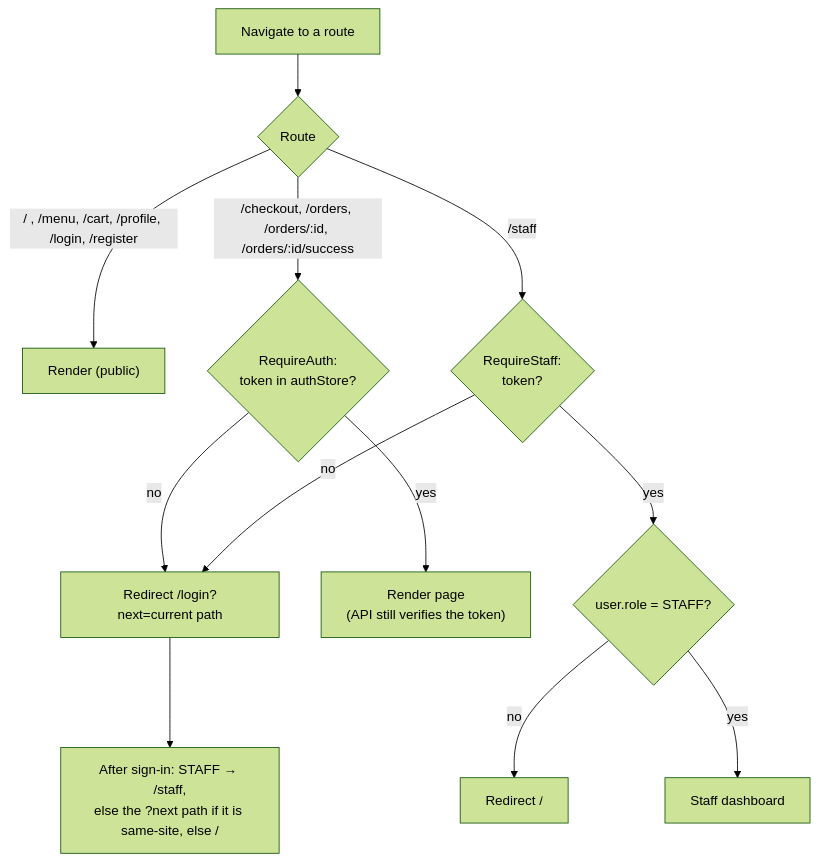
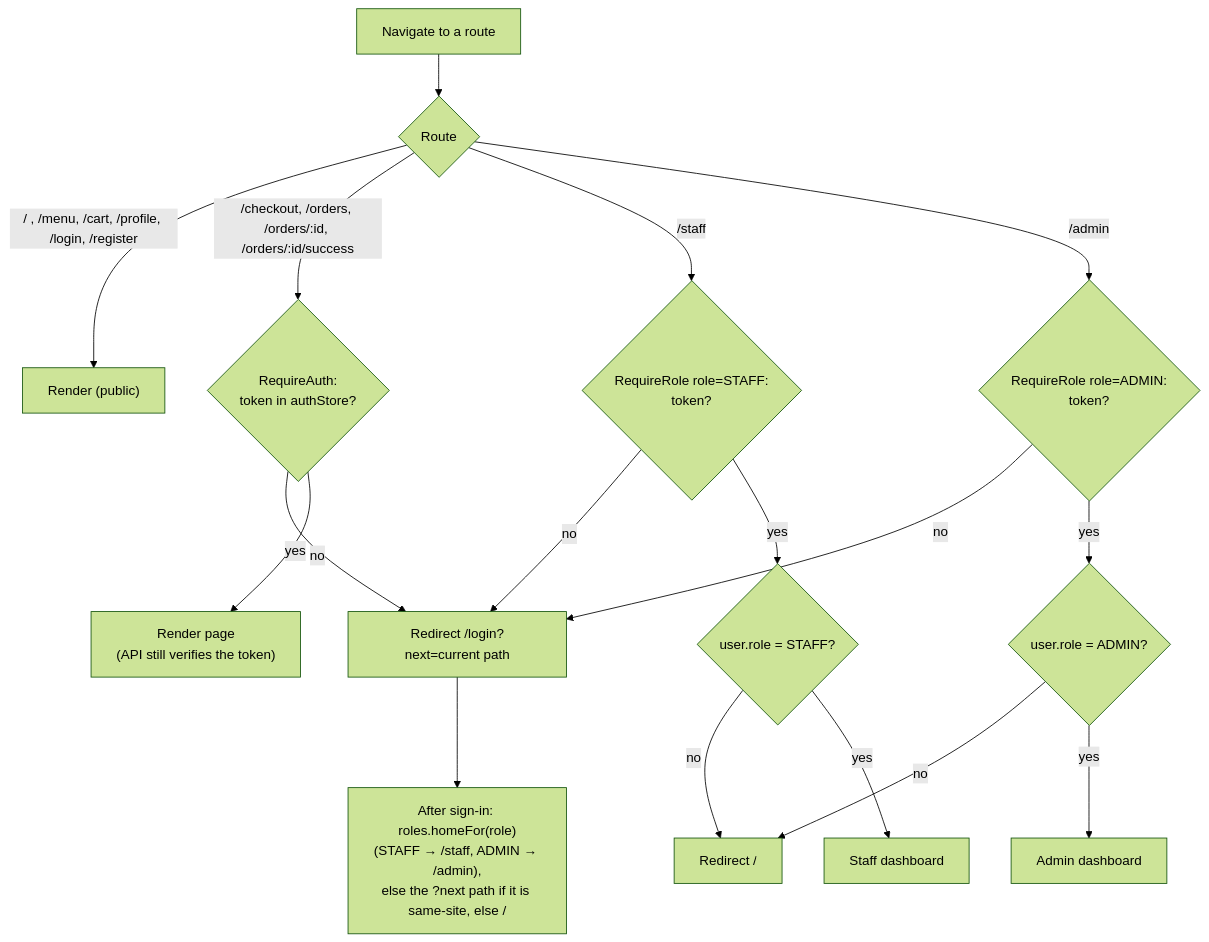
The eighth of 27 diagrams in docs/ARCHITECTURE.md (The-KhaNha/KhaNha), drawn with Mermaid (forest theme) before and after one commit. The commit also changed other lines of this file and 69 other files, not shown here.

Commit message:
admin dashboard and other config

````diff
--- a/docs/ARCHITECTURE.md
+++ b/docs/ARCHITECTURE.md
@@ -346,14 +357,19 @@
 ```mermaid
 flowchart TD
   Nav["Navigate to a route"] --> Which{"Route"}
   Which -->|"/ , /menu, /cart, /profile, /login, /register"| Open["Render (public)"]
   Which -->|"/checkout, /orders, /orders/:id, /orders/:id/success"| RA{"RequireAuth:<br/>token in authStore?"}
   RA -->|"no"| ToLogin["Redirect /login?next=current path"]
   RA -->|"yes"| Render["Render page<br/>(API still verifies the token)"]
-  Which -->|"/staff"| RS{"RequireStaff:<br/>token?"}
+  Which -->|"/staff"| RS{"RequireRole role=STAFF:<br/>token?"}
   RS -->|"no"| ToLogin
-  RS -->|"yes"| Role{"user.role = STAFF?"}
-  Role -->|"no"| Home["Redirect /"]
-  Role -->|"yes"| Board["Staff dashboard"]
-  ToLogin --> LoginDone["After sign-in: STAFF → /staff,<br/>else the ?next path if it is same-site, else /"]
+  RS -->|"yes"| RoleS{"user.role = STAFF?"}
+  RoleS -->|"no"| Home["Redirect /"]
+  RoleS -->|"yes"| Board["Staff dashboard"]
+  Which -->|"/admin"| RAd{"RequireRole role=ADMIN:<br/>token?"}
+  RAd -->|"no"| ToLogin
+  RAd -->|"yes"| RoleA{"user.role = ADMIN?"}
+  RoleA -->|"no"| Home
+  RoleA -->|"yes"| AdminPage["Admin dashboard"]
+  ToLogin --> LoginDone["After sign-in: roles.homeFor(role)<br/>(STAFF → /staff, ADMIN → /admin),<br/>else the ?next path if it is same-site, else /"]
 ```
````
